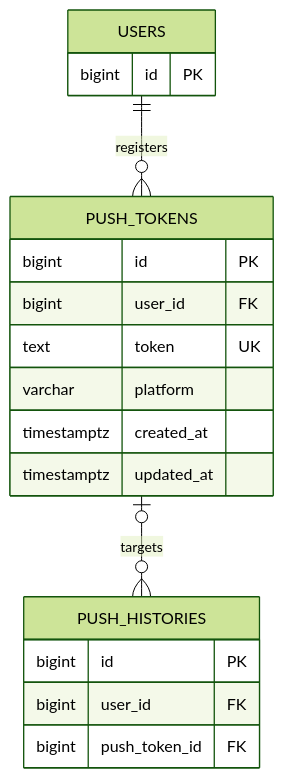
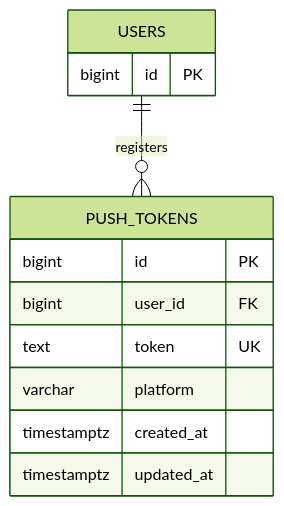
The diagram in docs/database/tables/push_tokens.md (mash-up-kr/Promise.9-Server), drawn with Mermaid (forest theme) before and after one commit. The commit also changed other lines of this file and 9 other files, not shown here.

````diff
--- a/docs/database/tables/push_tokens.md
+++ b/docs/database/tables/push_tokens.md
@@ -7,24 +7,18 @@
 ```mermaid
 erDiagram
   USERS ||--o{ PUSH_TOKENS : registers
-  PUSH_TOKENS |o--o{ PUSH_HISTORIES : targets
 
   USERS {
     bigint id PK
   }
 
   PUSH_TOKENS {
     bigint id PK
     bigint user_id FK
     text token UK
     varchar platform
     timestamptz created_at
     timestamptz updated_at
   }
 
-  PUSH_HISTORIES {
-    bigint id PK
-    bigint user_id FK
-    bigint push_token_id FK
-  }
 ```
````
